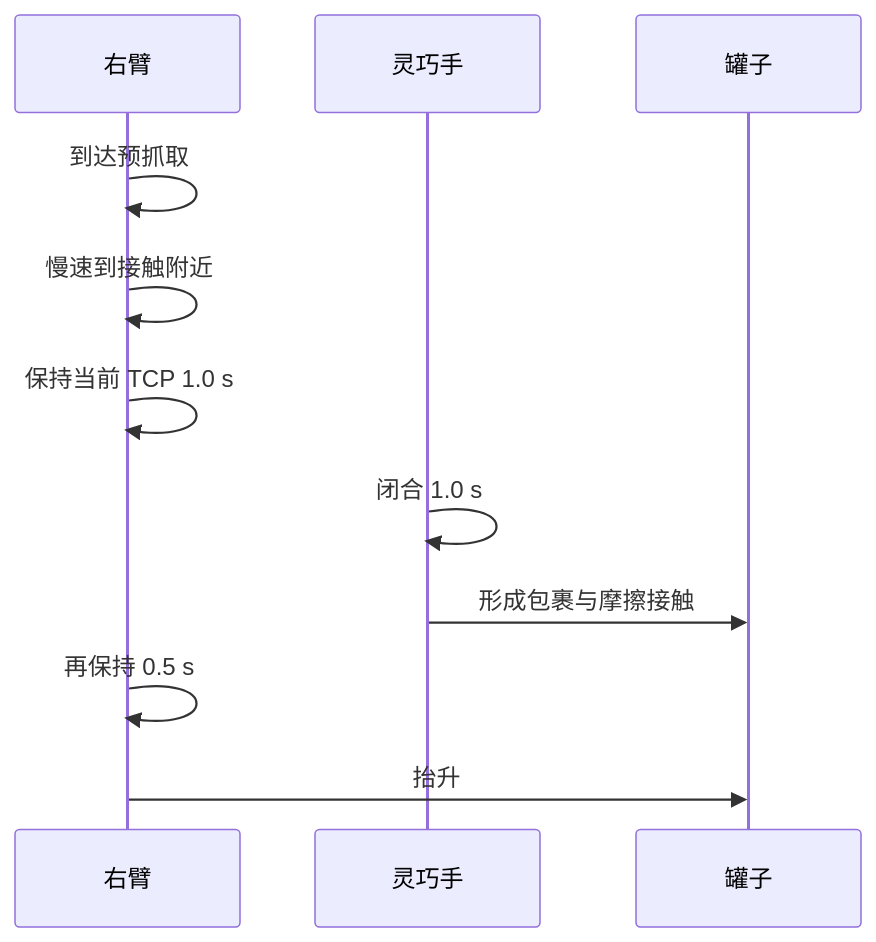
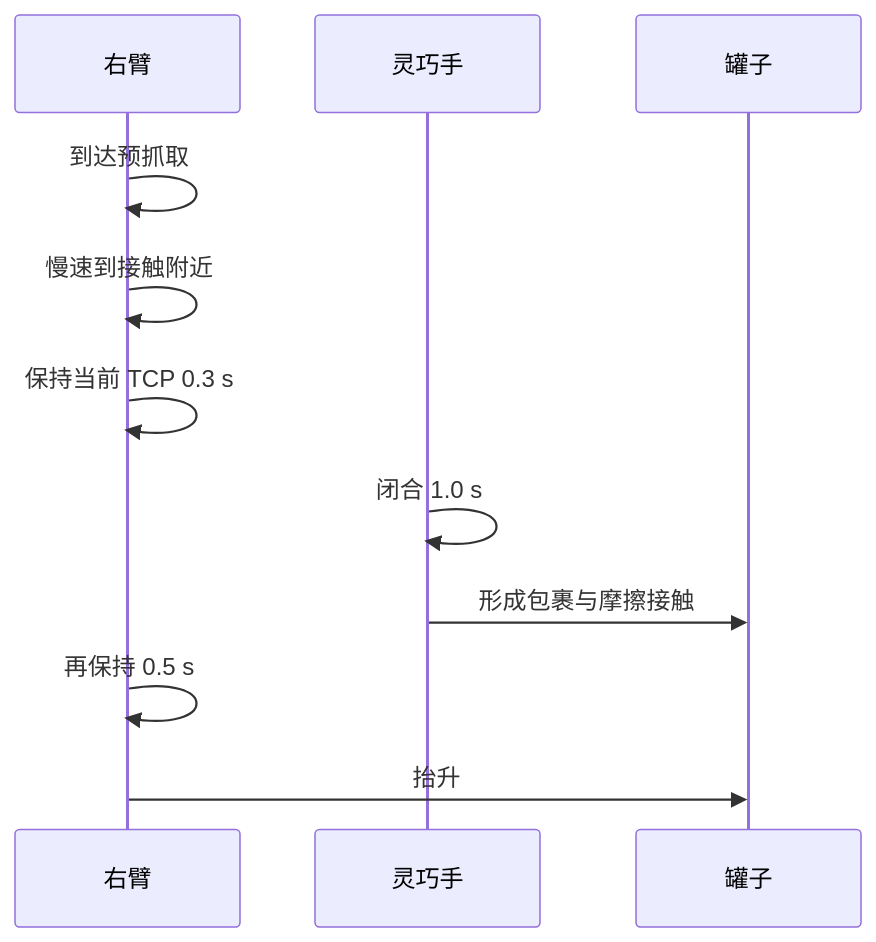
Before and after one commit to zhangfuyong888/qirobot_smolVLA: the second of 12 diagrams in s4_smolvla_isaaclab/docs/course/02_PROJECT_IMPLEMENTATION.md, drawn with Mermaid. The commit also changed other lines of this file and 5 other files, not shown here.

````diff
--- a/s4_smolvla_isaaclab/docs/course/02_PROJECT_IMPLEMENTATION.md
+++ b/s4_smolvla_isaaclab/docs/course/02_PROJECT_IMPLEMENTATION.md
@@ -182,13 +182,13 @@
 ```mermaid
 sequenceDiagram
     participant Arm as 右臂
     participant Hand as 灵巧手
     participant Can as 罐子
     Arm->>Arm: 到达预抓取
     Arm->>Arm: 慢速到接触附近
-    Arm->>Arm: 保持当前 TCP 1.0 s
+    Arm->>Arm: 保持当前 TCP 0.3 s
     Hand->>Hand: 闭合 1.0 s
     Hand->>Can: 形成包裹与摩擦接触
     Arm->>Arm: 再保持 0.5 s
     Arm->>Can: 抬升
 ```
````
